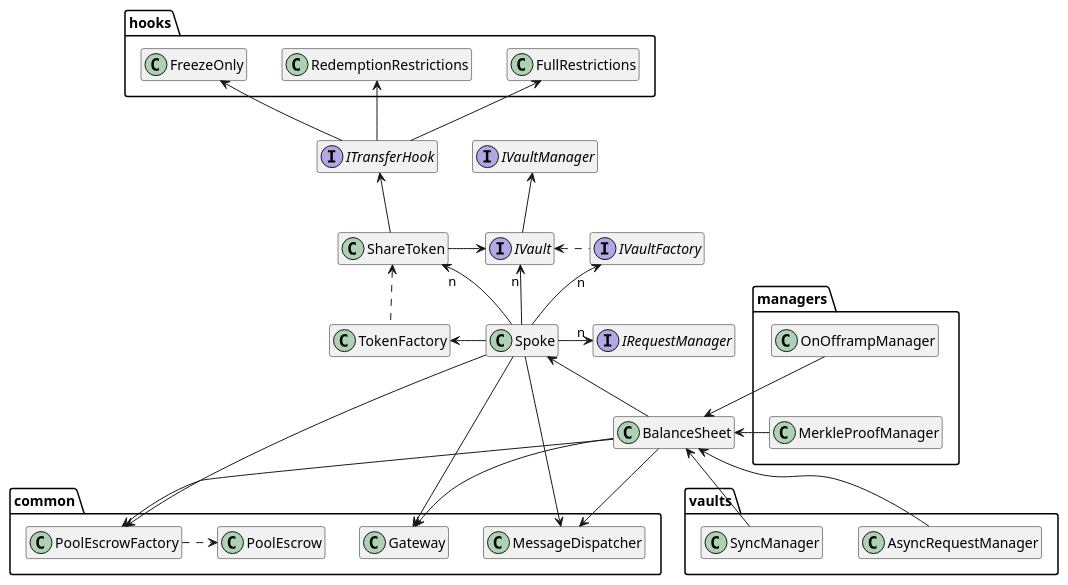
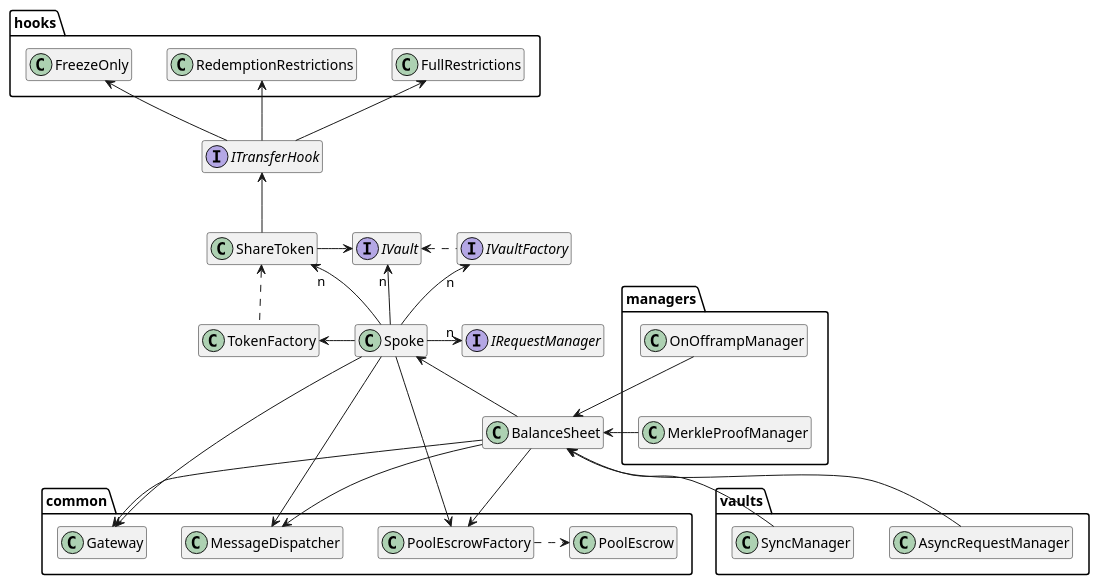
The diagram in docs/architecture/spoke.puml (centrifuge/protocol), drawn with PlantUML before and after one commit. The commit also changed 13 other files, not shown here.

Commit message:
remove IVaultManager

```diff
--- a/docs/architecture/spoke.puml
+++ b/docs/architecture/spoke.puml
@@ -1,80 +1,78 @@
 @startuml
 hide empty members
 
 package common {
     class Gateway
     class MessageDispatcher
     class PoolEscrow
     class PoolEscrowFactory
 }
 
 package managers {
     class OnOfframpManager
     class MerkleProofManager
 }
 
 package vaults {
     class AsyncRequestManager
     class SyncManager
 }
 
 package hooks {
     class FreezeOnly
     class RedemptionRestrictions
     class FullRestrictions
 }
 
 class Hidden
 
 class Spoke
 class ShareToken
 class BalanceSheet
 class TokenFactory
 
 interface IVaultFactory
 interface IVault
-interface IVaultManager
 interface IRequestManager
 interface ITransferHook
 
 ITransferHook -up-> FreezeOnly
 ITransferHook -up-> RedemptionRestrictions
 ITransferHook -up-> FullRestrictions
 
 Spoke -left-> TokenFactory
 Spoke -down--> PoolEscrowFactory
 Spoke -up->"n" IVaultFactory
 Spoke -up->"n" ShareToken
 Spoke -up->"n" IVault
 Spoke ---> Gateway
 Spoke ---> MessageDispatcher
 Spoke -right->"n" IRequestManager
 
 BalanceSheet -right-> PoolEscrowFactory
 BalanceSheet -left--> Spoke
 BalanceSheet --> MessageDispatcher
 BalanceSheet --> Gateway
 
 PoolEscrowFactory .right.> PoolEscrow
 
 ShareToken -up-> ITransferHook
 ShareToken -right-> IVault
-IVault -up-> IVaultManager
 
 OnOfframpManager -down-> BalanceSheet
 MerkleProofManager -up-> BalanceSheet
 AsyncRequestManager -up-> BalanceSheet
 SyncManager -up-> BalanceSheet
 
 TokenFactory .up.> ShareToken
 IVaultFactory .left.> IVault
 
 ' Hidden stuff to make things more visual
 
 hide Hidden
 
 OnOfframpManager -down[hidden]-> MerkleProofManager
 MerkleProofManager -down-> Hidden
 Hidden -up-> BalanceSheet
 
 @enduml
```
